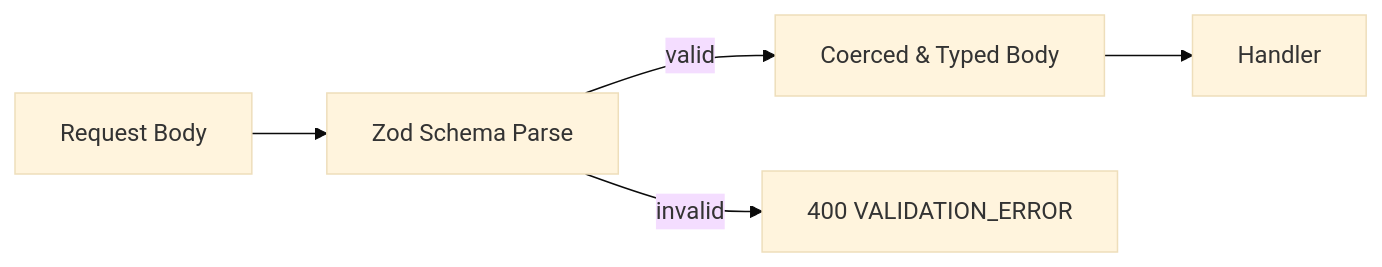
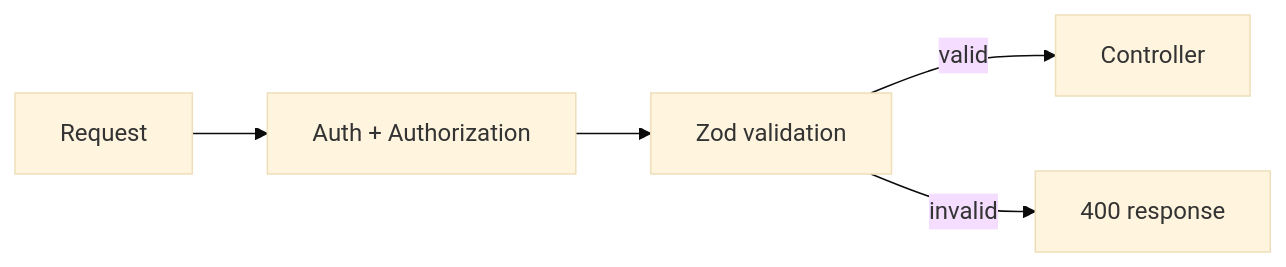
Before and after one commit to b-knowledge-solution/b-knowledge: the fourth of 4 diagrams in docs/basic-design/component/api-design-overview.md, drawn with Mermaid (base theme). The commit also changed other lines of this file and 2 other files, not shown here.

````diff
--- a/docs/basic-design/component/api-design-overview.md
+++ b/docs/basic-design/component/api-design-overview.md
@@ -124,7 +136,7 @@
 ```mermaid
 graph LR
-    REQ[Request Body] --> ZOD[Zod Schema Parse]
-    ZOD -->|valid| COERCE[Coerced & Typed Body]
-    COERCE --> Handler
-    ZOD -->|invalid| ERR[400 VALIDATION_ERROR]
+    REQ[Request] --> AUTH[Auth + Authorization]
+    AUTH --> ZOD[Zod validation]
+    ZOD -->|valid| CTRL[Controller]
+    ZOD -->|invalid| ERR[400 response]
 ```
````
